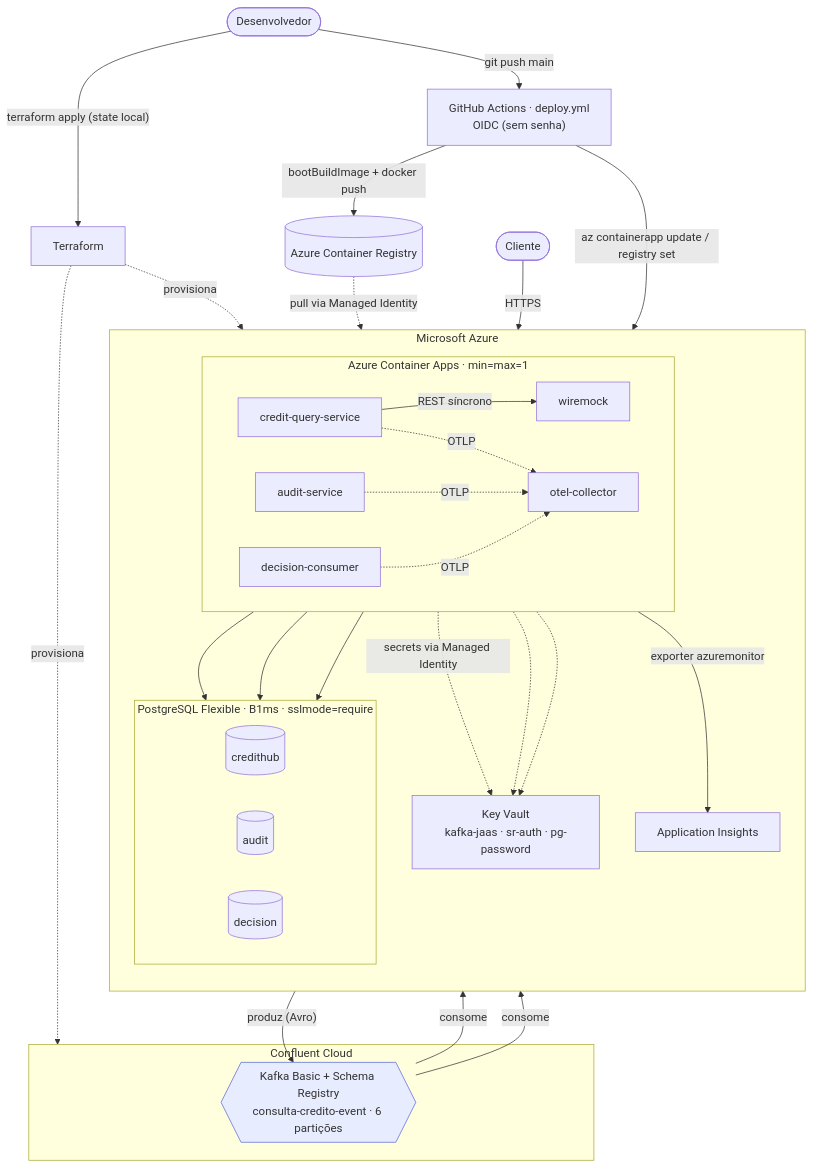
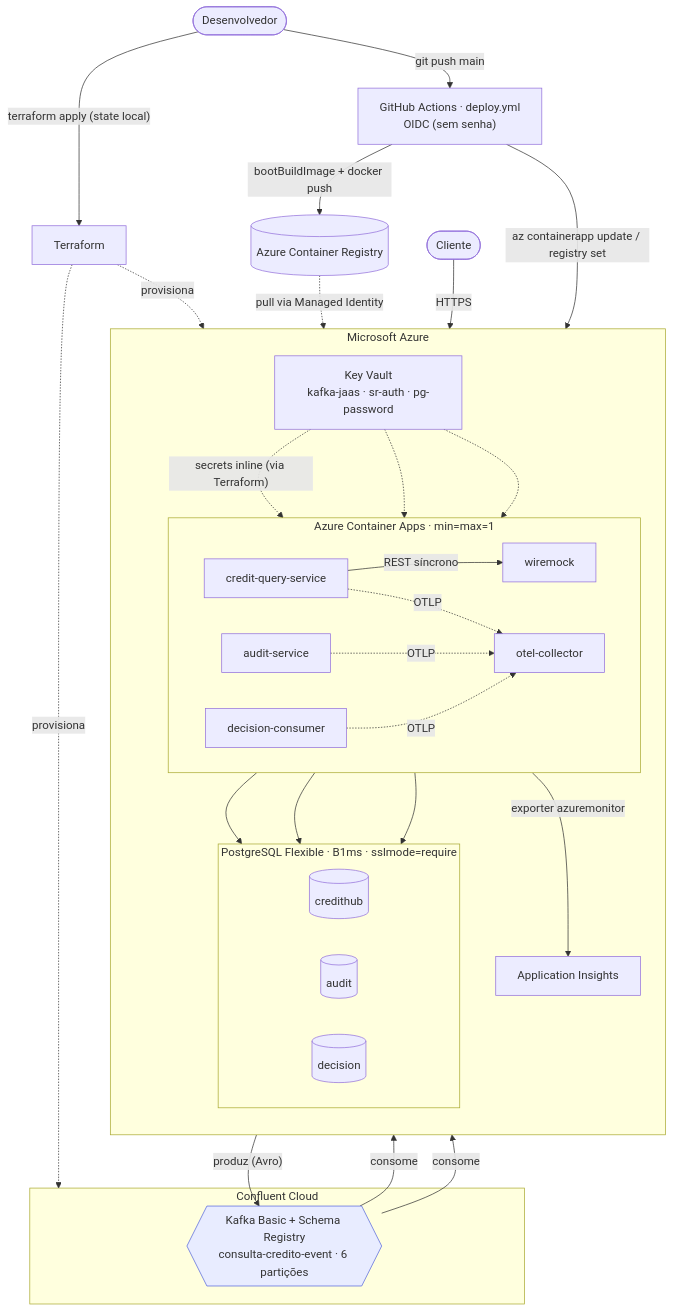
The second of 2 diagrams in README.md (Alzemiro/credit-hub), drawn with Mermaid before and after one commit. The commit also changed other lines of this file, not shown here.

Commit message:
docs(readme): correct KV secrets claim (inline, not runtime Managed Identity)
O README afirmava que os Container Apps liam segredos do Key Vault via
Managed Identity em runtime. Na verdade (DECISIONS 7) os secrets sao
injetados inline (value do KV via Terraform); a MI serve so para o pull do
ACR. Corrige o texto de config, o passo OIDC e a seta do diagrama cloud.

````diff
--- a/README.md
+++ b/README.md
@@ -77,54 +77,54 @@
 ```mermaid
 flowchart TB
     Dev([Desenvolvedor]) -->|"terraform apply (state local)"| TF["Terraform"]
     Dev -->|"git push main"| GHA["GitHub Actions · deploy.yml<br/>OIDC (sem senha)"]
     TF -.->|provisiona| Azure
     TF -.->|provisiona| Confluent
     GHA -->|"bootBuildImage + docker push"| ACR[("Azure Container Registry")]
     GHA -->|"az containerapp update / registry set"| CQS
 
     Cliente([Cliente]) -->|HTTPS| CQS
 
     subgraph Azure["Microsoft Azure"]
         direction TB
         subgraph ACAENV["Azure Container Apps · min=max=1"]
             direction LR
             CQS["credit-query-service"]
             AUD["audit-service"]
             DEC["decision-consumer"]
             WM["wiremock"]
             OTEL["otel-collector"]
         end
         subgraph PGSRV["PostgreSQL Flexible · B1ms · sslmode=require"]
             direction LR
             DBc[("credithub")]
             DBa[("audit")]
             DBd[("decision")]
         end
         KV["Key Vault<br/>kafka-jaas · sr-auth · pg-password"]
         AI["Application Insights"]
     end
 
     subgraph Confluent["Confluent Cloud"]
         KAFKA{{"Kafka Basic + Schema Registry<br/>consulta-credito-event · 6 partições"}}
     end
 
     ACR -.->|"pull via Managed Identity"| CQS
     CQS -->|"REST síncrono"| WM
     CQS --> DBc
     AUD --> DBa
     DEC --> DBd
     CQS -->|"produz (Avro)"| KAFKA
     KAFKA -->|consome| AUD
     KAFKA -->|consome| DEC
-    CQS -.->|"secrets via Managed Identity"| KV
-    AUD -.-> KV
-    DEC -.-> KV
+    KV -.->|"secrets inline (via Terraform)"| CQS
+    KV -.-> AUD
+    KV -.-> DEC
     CQS -.->|OTLP| OTEL
     AUD -.->|OTLP| OTEL
     DEC -.->|OTLP| OTEL
     OTEL -->|"exporter azuremonitor"| AI
 
     classDef broker fill:#e8ecff,stroke:#5566dd,stroke-width:1px;
     class KAFKA broker;
 ```
````
